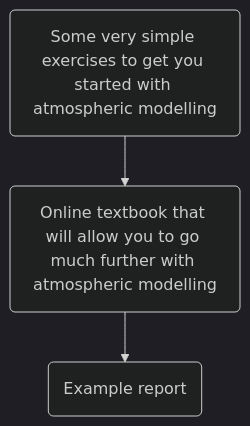
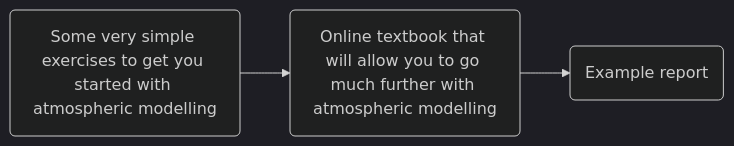
Before and after one commit to autofeedback-exercises/website: the diagram in atmosphere.md, drawn with Mermaid (dark theme).

````diff
--- a/atmosphere.md
+++ b/atmosphere.md
@@ -11,8 +11,8 @@
 ```mermaid
-flowchart TD
+flowchart LR
    simp(Some very simple exercises to get you started with atmospheric modelling) --> ex(Online textbook that will allow you to go much further with atmospheric modelling)  
    ex --> eg(Example report)
    click simp "https://gtribello.github.io/pop-resources/summer_school.html" "A pair of activities on climate modelling that were written for A-level students attending a day-long summer school at QUB"
    click ex "https://brian-rose.github.io/ClimateLaboratoryBook/" "An online resource that teaches you the basics of climate modelling"
    click eg "Atmosphere/egproject.pdf" "A simple example report that was constructed by working through the exercises on the climate lab website"
 ```
````
